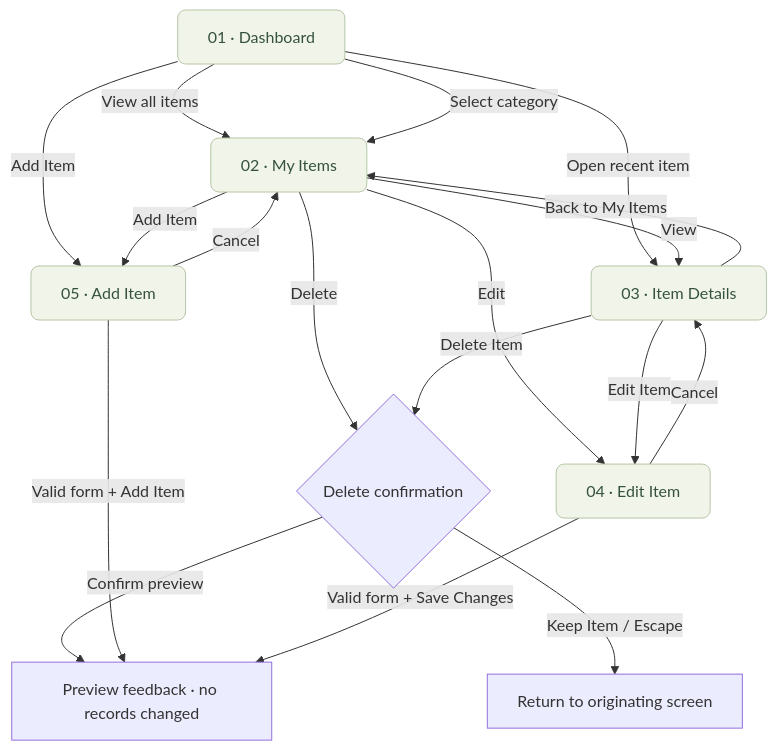
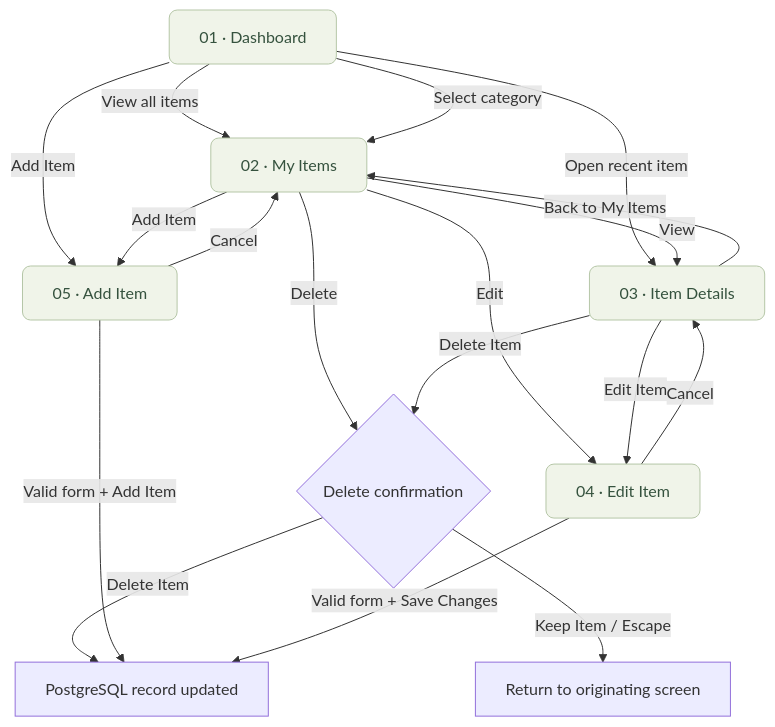
Before and after one commit to kian21992/Gamit-Check: the diagram in WIREFRAME.md, drawn with Mermaid. The commit also changed other lines of this file and 14 other files, not shown here.

````diff
--- a/WIREFRAME.md
+++ b/WIREFRAME.md
@@ -7,23 +7,23 @@
 ```mermaid
 flowchart TD
     Dashboard["01 · Dashboard"] -->|View all items| Items["02 · My Items"]
     Dashboard -->|Add Item| Add["05 · Add Item"]
     Dashboard -->|Open recent item| Details["03 · Item Details"]
     Dashboard -->|Select category| Items
     Items -->|View| Details
     Items -->|Add Item| Add
     Items -->|Edit| Edit["04 · Edit Item"]
     Details -->|Edit Item| Edit
     Details -->|Back to My Items| Items
     Add -->|Cancel| Items
     Edit -->|Cancel| Details
     Items -->|Delete| Confirm{"Delete confirmation"}
     Details -->|Delete Item| Confirm
     Confirm -->|Keep Item / Escape| Origin["Return to originating screen"]
-    Confirm -->|Confirm preview| Feedback["Preview feedback · no records changed"]
-    Add -->|Valid form + Add Item| Feedback
-    Edit -->|Valid form + Save Changes| Feedback
+    Confirm -->|Delete Item| Saved["PostgreSQL record updated"]
+    Add -->|Valid form + Add Item| Saved
+    Edit -->|Valid form + Save Changes| Saved
 
     classDef screen fill:#f0f4e9,stroke:#b5c6a7,color:#35523e,rx:8,ry:8
     class Dashboard,Items,Add,Details,Edit screen
 ```
````
